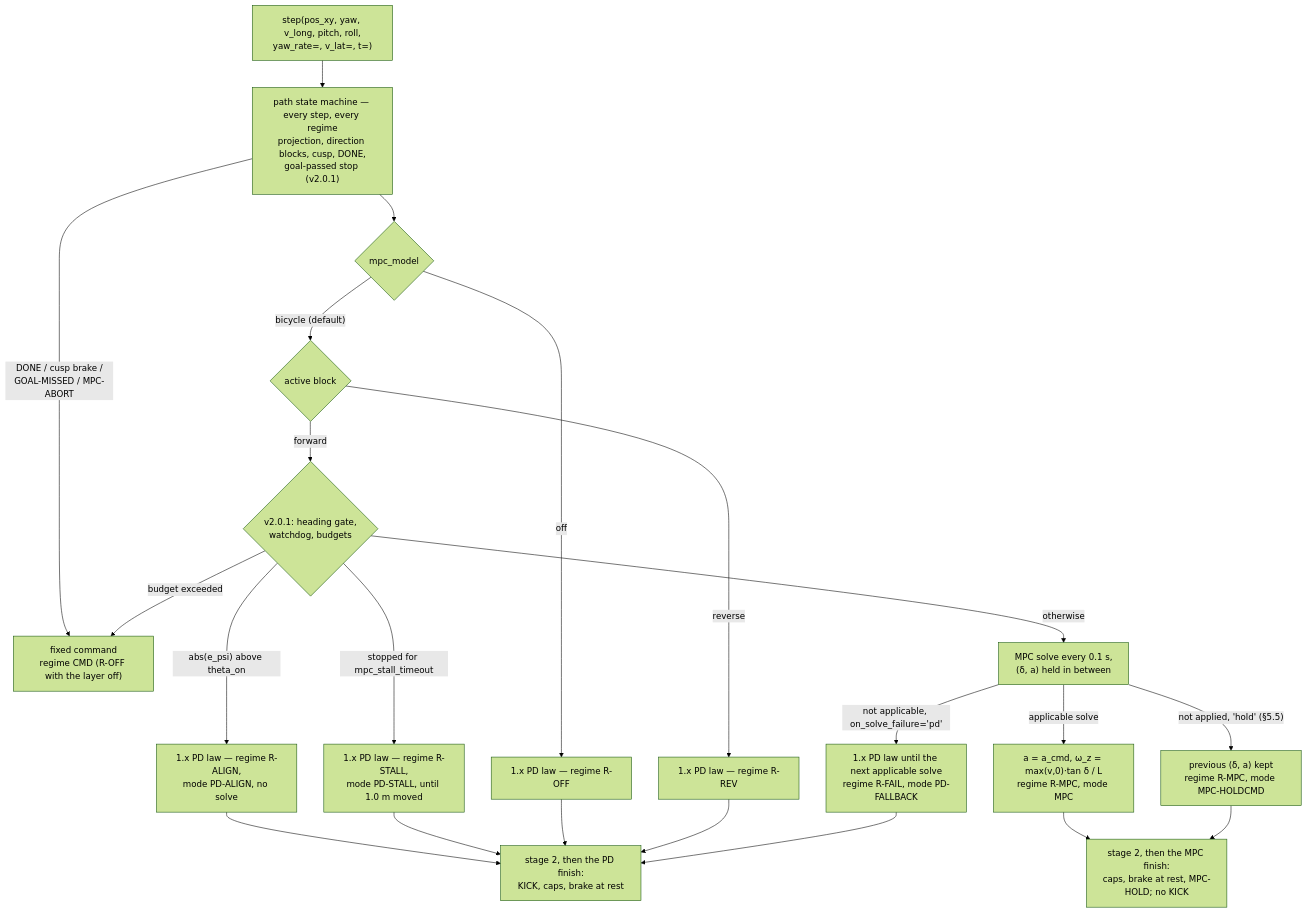
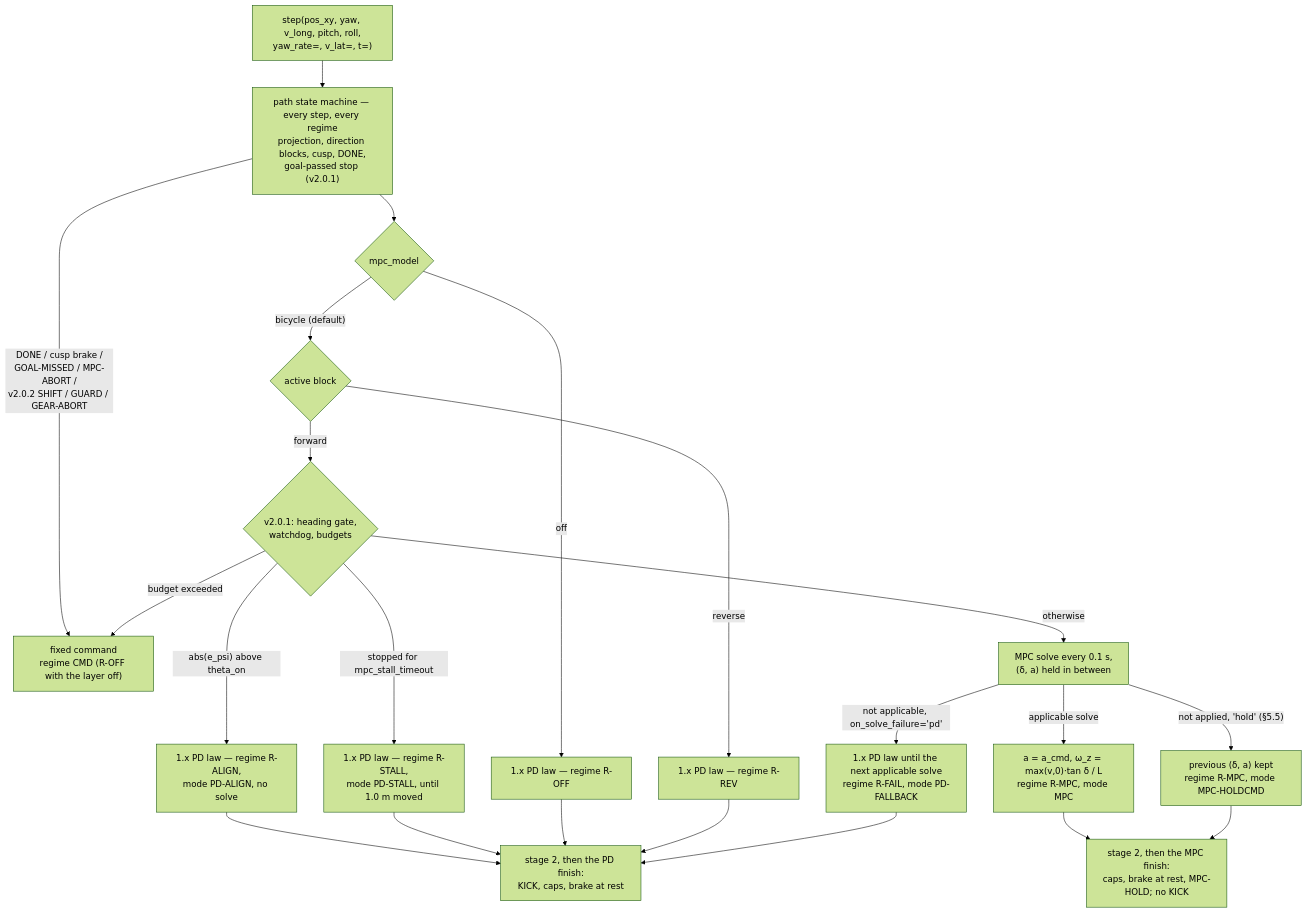
Before and after one commit to korfriend/GenesisVehicle: the fifth of 7 diagrams in docs/path-following.md, drawn with Mermaid (forest theme). The commit also changed other lines of this file and 47 other files, not shown here.

````diff
--- a/docs/path-following.md
+++ b/docs/path-following.md
@@ -1085,24 +1144,24 @@
 ```mermaid
 flowchart TD
     S["step(pos_xy, yaw, v_long, pitch, roll,<br/>yaw_rate=, v_lat=, t=)"] --> SM["path state machine — every step, every regime<br/>projection, direction blocks, cusp, DONE,<br/>goal-passed stop (v2.0.1)"]
-    SM -->|"DONE / cusp brake /<br/>GOAL-MISSED / MPC-ABORT"| CMD["fixed command<br/>regime CMD (R-OFF with the layer off)"]
+    SM -->|"DONE / cusp brake /<br/>GOAL-MISSED / MPC-ABORT /<br/>v2.0.2 SHIFT / GUARD / GEAR-ABORT"| CMD["fixed command<br/>regime CMD (R-OFF with the layer off)"]
     SM --> M{"mpc_model"}
     M -->|"off"| OFF["1.x PD law — regime R-OFF"]
     M -->|"bicycle (default)"| B{"active block"}
     B -->|"reverse"| REV["1.x PD law — regime R-REV"]
     B -->|"forward"| G{"v2.0.1: heading gate,<br/>watchdog, budgets"}
     G -->|"abs(e_psi) above theta_on"| AL["1.x PD law — regime R-ALIGN,<br/>mode PD-ALIGN, no solve"]
     G -->|"stopped for mpc_stall_timeout"| ST["1.x PD law — regime R-STALL,<br/>mode PD-STALL, until 1.0 m moved"]
     G -->|"budget exceeded"| CMD
     G -->|"otherwise"| SOL["MPC solve every 0.1 s,<br/>(δ, a) held in between"]
     AL --> PDF
     ST --> PDF
     SOL -->|"applicable solve"| RM["a = a_cmd, ω_z = max(v,0)·tan δ / L<br/>regime R-MPC, mode MPC"]
     SOL -->|"not applicable, on_solve_failure='pd'"| FAIL["1.x PD law until the next applicable solve<br/>regime R-FAIL, mode PD-FALLBACK"]
     SOL -->|"not applied, 'hold' (§5.5)"| HC["previous (δ, a) kept<br/>regime R-MPC, mode MPC-HOLDCMD"]
     OFF --> PDF["stage 2, then the PD finish:<br/>KICK, caps, brake at rest"]
     REV --> PDF
     FAIL --> PDF
     RM --> MF["stage 2, then the MPC finish:<br/>caps, brake at rest, MPC-HOLD; no KICK"]
     HC --> MF
 ```
````
